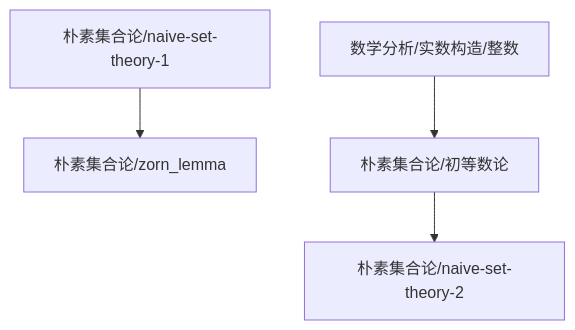
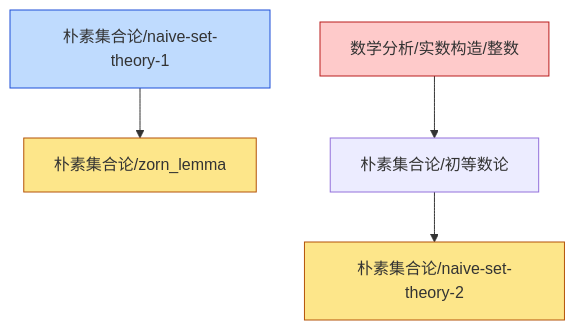
One commit to zeroDtree/zeroDtree.github.io changed the diagram in content/朴素集合论/dependency_graph.md. Above: the diagram before and after it, drawn with Mermaid. The commit also changed 16 other files, not shown here.

````diff
--- a/content/朴素集合论/dependency_graph.md
+++ b/content/朴素集合论/dependency_graph.md
@@ -1,6 +1,12 @@
 ```mermaid
 graph TD
 1["朴素集合论/naive-set-theory-1"] --> 0["朴素集合论/zorn_lemma"]
 3["数学分析/实数构造/整数"] --> 2["朴素集合论/初等数论"]
 2["朴素集合论/初等数论"] --> 5["朴素集合论/naive-set-theory-2"]
+classDef leaf fill:#fde68a,stroke:#b45309
+class 0,5 leaf
+classDef root fill:#bfdbfe,stroke:#1d4ed8
+class 1,4 root
+classDef externalRoot fill:#fecaca,stroke:#b91c1c
+class 3 externalRoot
 ```
````
